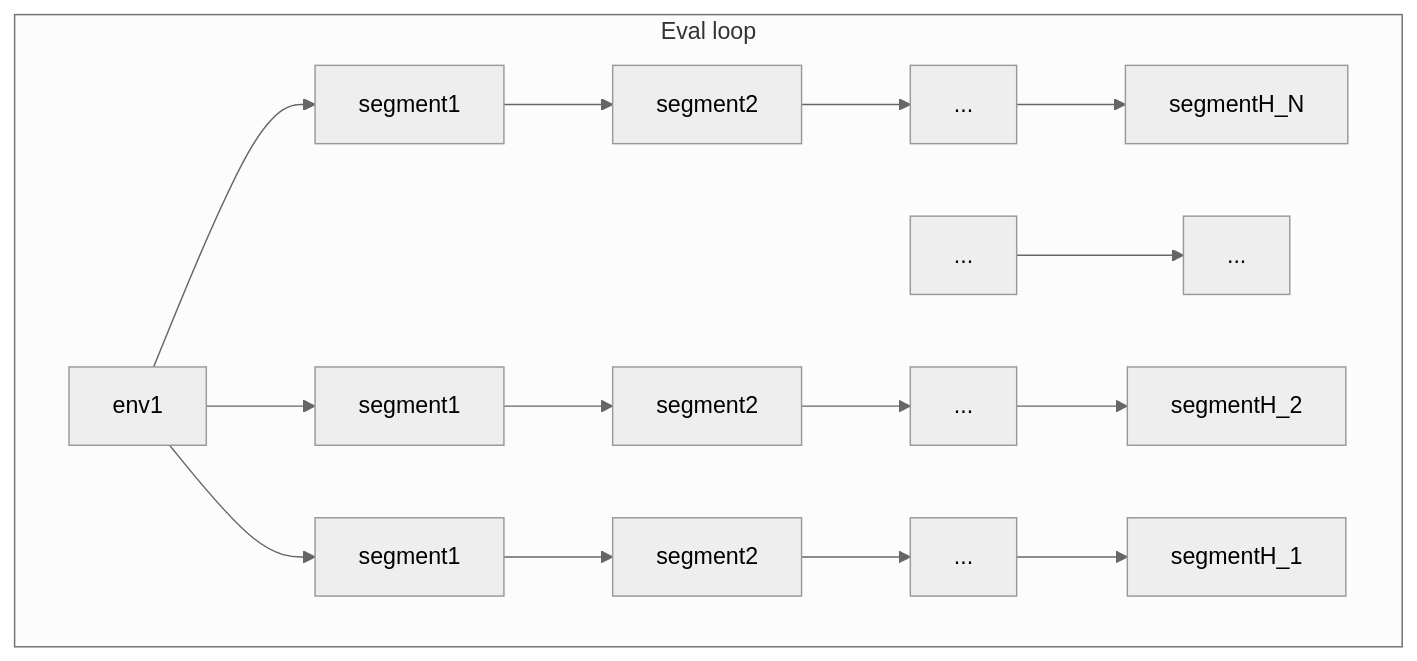
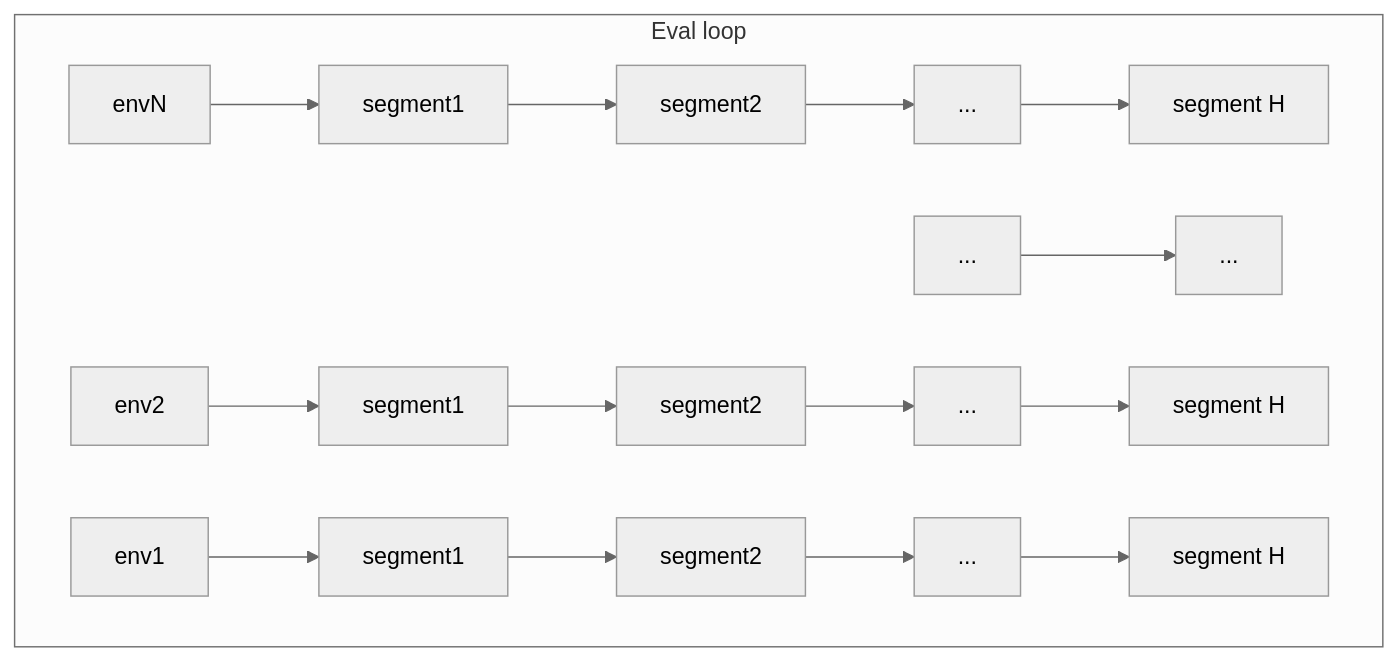
The first of 3 diagrams in README.md (rlplays/PufferLib), drawn with Mermaid (neutral theme) before and after one commit. The commit also changed other lines of this file, not shown here.

````diff
--- a/README.md
+++ b/README.md
@@ -103,9 +103,9 @@
 ```mermaid
 flowchart 
   subgraph Segments[Eval loop]
-    env[envN] --> segment1[segment1] --> segment2[segment2] --> b10_dots["..."] --> segment[segmentH_N]
+    envN[envN] --> segment1[segment1] --> segment2[segment2] --> b10_dots["..."] --> segment[segment H]
     b3_dots["..."] --> b4_dots["..."]
-    env[env2] --> env2_segment1["segment1"] --> env2_segment2["segment2"] --> b2_dots["..."] --> segmentH_2[segmentH_2]
-    env[env1] --> env1_segment1["segment1"] --> env1_segment2["segment2"] --> b1_dots["..."] --> segmentH_1[segmentH_1]
+    env2[env2] --> env2_segment1["segment1"] --> env2_segment2["segment2"] --> b2_dots["..."] --> segmentH_2[segment H]
+    env1[env1] --> env1_segment1["segment1"] --> env1_segment2["segment2"] --> b1_dots["..."] --> segmentH_1[segment H]
   end
 ```
````
